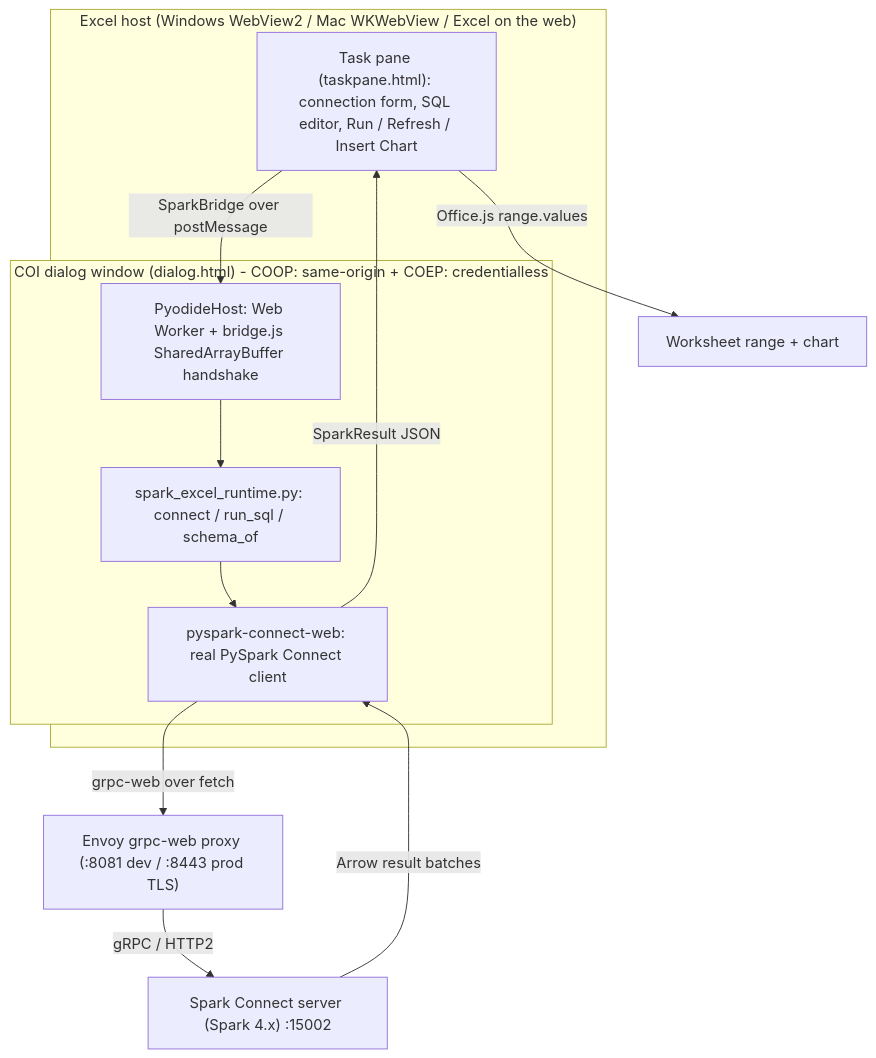
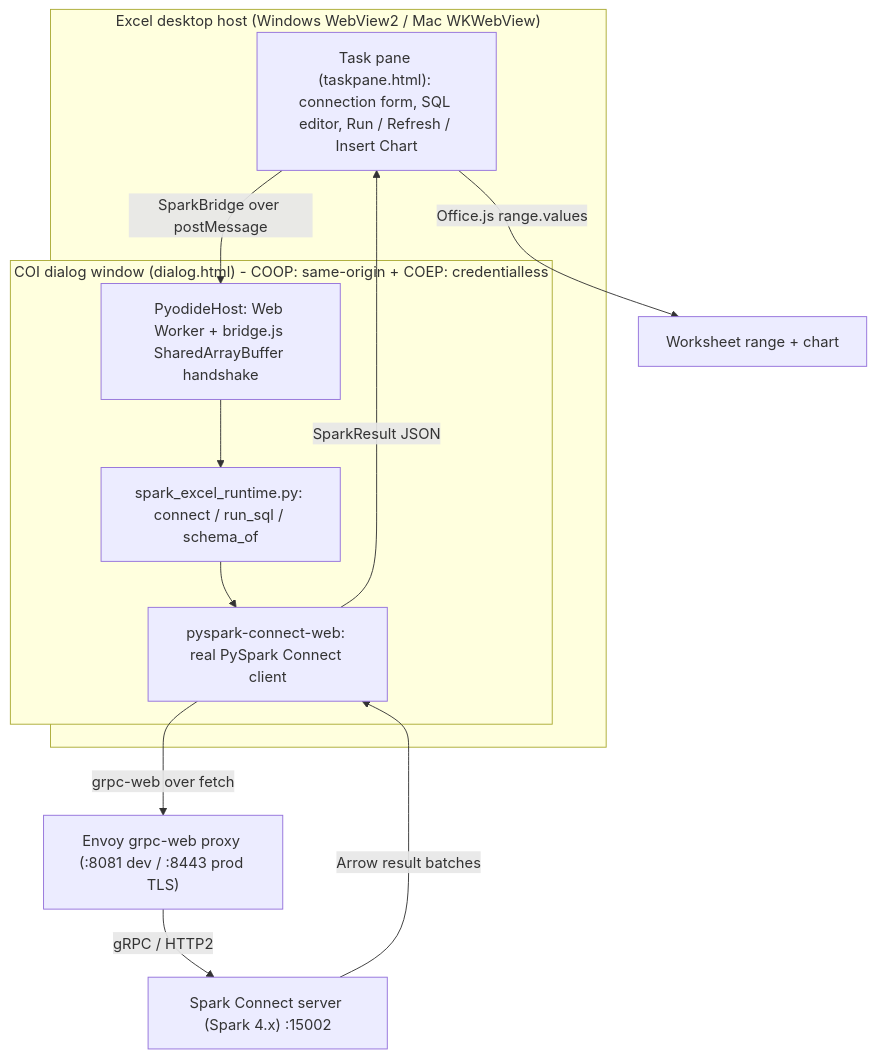
The diagram in docs/architecture.md (HyukjinKwon/spark-connect-excel), drawn with Mermaid before and after one commit. The commit also changed other lines of this file and 9 other files, not shown here.

First line of the commit message:
Drop Excel-on-the-web host support; reframe engine e2e; bump to 0.2.0

````diff
--- a/docs/architecture.md
+++ b/docs/architecture.md
@@ -19,23 +19,23 @@
 ```mermaid
 flowchart TD
-    subgraph excel["Excel host (Windows WebView2 / Mac WKWebView / Excel on the web)"]
+    subgraph excel["Excel desktop host (Windows WebView2 / Mac WKWebView)"]
         tp["Task pane (taskpane.html): connection form, SQL editor, Run / Refresh / Insert Chart"]
         subgraph dialog["COI dialog window (dialog.html) - COOP: same-origin + COEP: credentialless"]
             host["PyodideHost: Web Worker + bridge.js SharedArrayBuffer handshake"]
             rt["spark_excel_runtime.py: connect / run_sql / schema_of"]
             pcw["pyspark-connect-web: real PySpark Connect client"]
         end
     end
     envoy["Envoy grpc-web proxy (:8081 dev / :8443 prod TLS)"]
     spark["Spark Connect server (Spark 4.x) :15002"]
     cells["Worksheet range + chart"]
 
     tp -- "SparkBridge over postMessage" --> host
     host --> rt
     rt --> pcw
     pcw -- "grpc-web over fetch" --> envoy
     envoy -- "gRPC / HTTP2" --> spark
     spark -- "Arrow result batches" --> pcw
     pcw -- "SparkResult JSON" --> tp
     tp -- "Office.js range.values" --> cells
 ```
````
